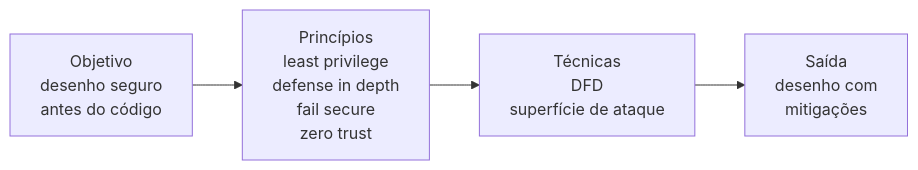
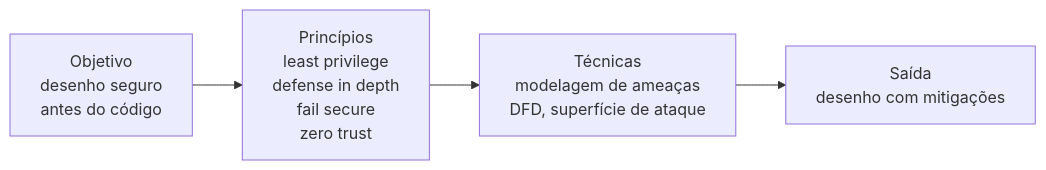
Before and after one commit to CosmIA-Lab/LAB-SDLC-IA-SEC: the third of 6 diagrams in 01-ciclo-de-vida-seguro/README.md, drawn with Mermaid. The commit also changed other lines of this file, not shown here.

````diff
--- a/01-ciclo-de-vida-seguro/README.md
+++ b/01-ciclo-de-vida-seguro/README.md
@@ -96,7 +170,6 @@
 ```mermaid
 flowchart LR
     O["Objetivo<br/>desenho seguro<br/>antes do código"] --> P["Princípios<br/>least privilege<br/>defense in depth<br/>fail secure<br/>zero trust"]
-    P --> T["Técnicas<br/>DFD<br/>superfície de ataque"]
-    T --> S["Saída<br/>desenho com
-mitigações"]
+    P --> T["Técnicas<br/>modelagem de ameaças<br/>DFD, superfície de ataque"]
+    T --> S["Saída<br/>desenho com mitigações"]
 ```
````
